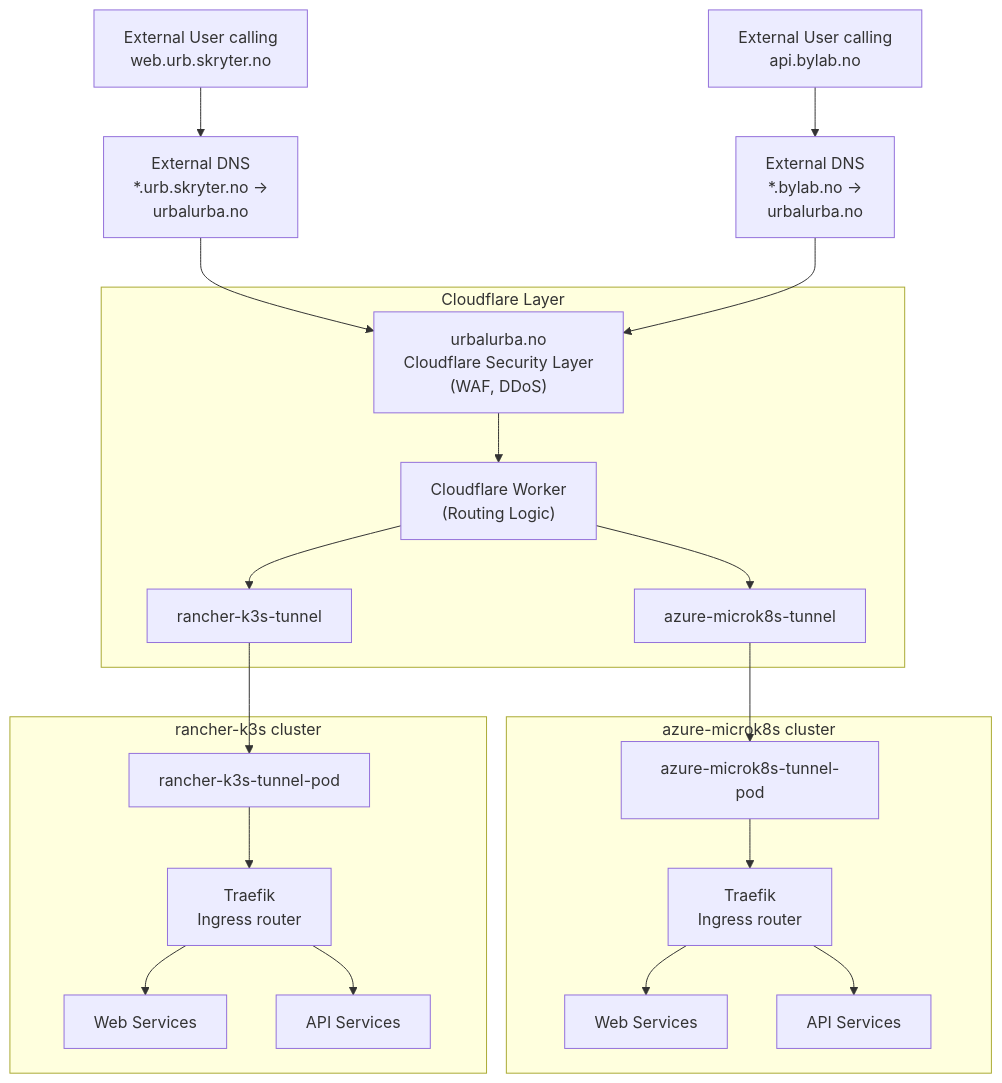
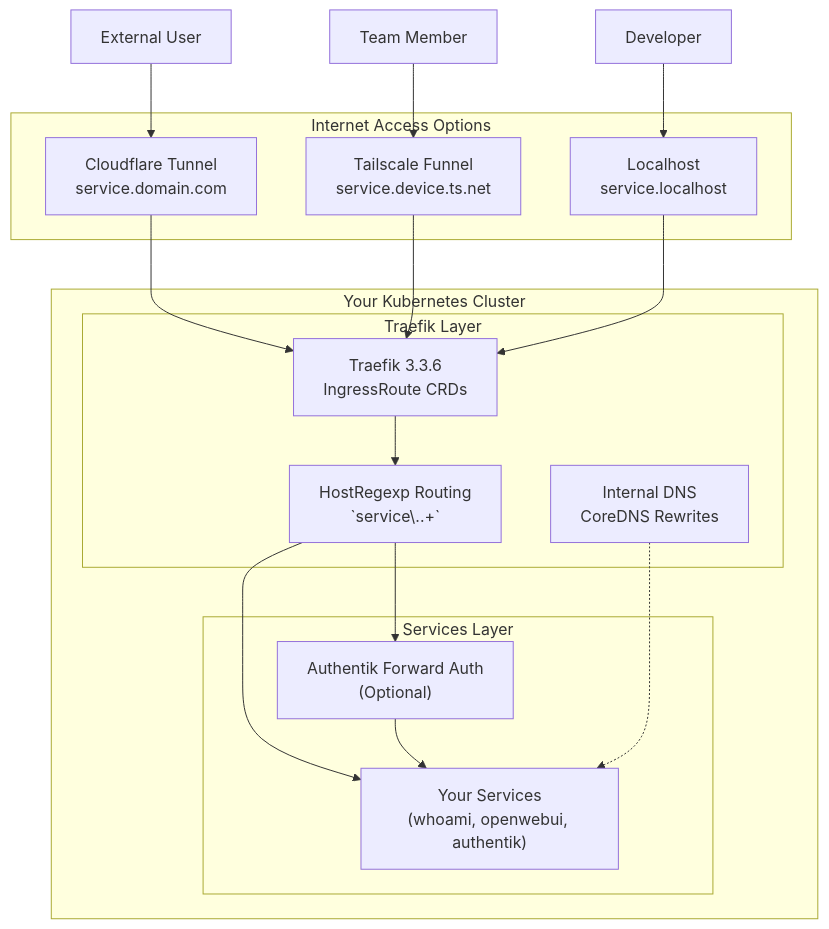
Before and after one commit to terchris/urbalurba-infrastructure: the first of 2 diagrams in doc/networking-readme.md, drawn with Mermaid. The commit also changed other lines of this file and 59 other files, not shown here.

Commit message:
cloudflare tunnel working

```diff
--- a/doc/networking-readme.md
+++ b/doc/networking-readme.md
@@ -73,44 +240,40 @@
 :::mermaid
 flowchart TD
-    User["External User calling<br>web.urb.skryter.no"]
-    User2["External User calling<br>api.bylab.no"]
-    DNS["External DNS<br> *.urb.skryter.no -><br> urbalurba.no"]
-    DNS2["External DNS<br> *.bylab.no -><br> urbalurba.no"]
+    User["External User"]
+    User2["Team Member"]
+    Dev["Developer"]
     
-    subgraph Cloudflare_Layer ["Cloudflare Layer"]
-        CF_Security["urbalurba.no<br>Cloudflare Security Layer<br>(WAF, DDoS)"]
-        CF_Worker["Cloudflare Worker<br>(Routing Logic)"]
-        Azure_Tunnel["azure-microk8s-tunnel"]
-        Rancher_Tunnel["rancher-k3s-tunnel"]
+    subgraph Internet_Access ["Internet Access Options"]
+        Tailscale_Funnel["Tailscale Funnel<br>service.device.ts.net"]
+        CF_Tunnel["Cloudflare Tunnel<br>service.domain.com"]
+        Localhost["Localhost<br>service.localhost"]
     end
     
-    subgraph Azure_Cluster ["azure-microk8s cluster"]
-        Azure_Pod["azure-microk8s-tunnel-pod"]
-        Azure_Traefik["Traefik<br>Ingress router"]
-        Azure_Web["Web Services"]
-        Azure_API["API Services"]
+    subgraph Your_Cluster ["Your Kubernetes Cluster"]
+        subgraph Traefik_Layer ["Traefik Layer"]
+            Traefik["Traefik 3.3.6<br>IngressRoute CRDs"]
+            HostRegexp["HostRegexp Routing<br>`service\..+`"]
+            Internal_DNS["Internal DNS<br>CoreDNS Rewrites"]
+        end
+        
+        subgraph Services_Layer ["Services Layer"]
+            Services["Your Services<br>(whoami, openwebui, authentik)"]
+            Auth["Authentik Forward Auth<br>(Optional)"]
+        end
     end
     
-    subgraph Rancher_Cluster ["rancher-k3s cluster"]
-        Rancher_Pod["rancher-k3s-tunnel-pod"]
-        Rancher_Traefik["Traefik<br>Ingress router"]
-        Rancher_Web["Web Services"]
-        Rancher_API["API Services"]
-    end
+    User --> CF_Tunnel
+    User2 --> Tailscale_Funnel
+    Dev --> Localhost
     
-    User --> DNS
-    User2 --> DNS2
-    DNS --> CF_Security
-    DNS2 --> CF_Security
-    CF_Security --> CF_Worker
-    CF_Worker --> Azure_Tunnel
-    CF_Worker --> Rancher_Tunnel
-    Azure_Tunnel --> Azure_Pod
-    Rancher_Tunnel --> Rancher_Pod
-    Azure_Pod --> Azure_Traefik
-    Rancher_Pod --> Rancher_Traefik
-    Azure_Traefik --> Azure_Web
-    Azure_Traefik --> Azure_API
-    Rancher_Traefik --> Rancher_Web
-    Rancher_Traefik --> Rancher_API
+    CF_Tunnel --> Traefik
+    Tailscale_Funnel --> Traefik
+    Localhost --> Traefik
+    
+    Traefik --> HostRegexp
+    HostRegexp --> Auth
+    HostRegexp --> Services
+    Auth --> Services
+    
+    Internal_DNS -.-> Services
 :::
```
